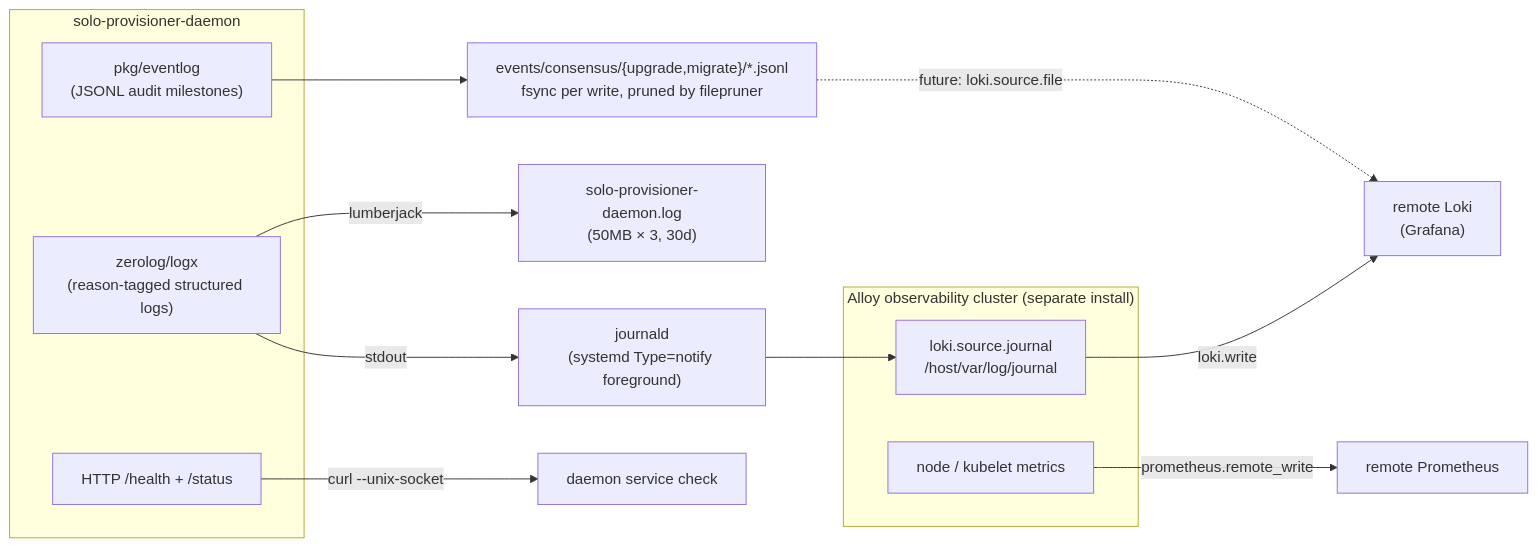
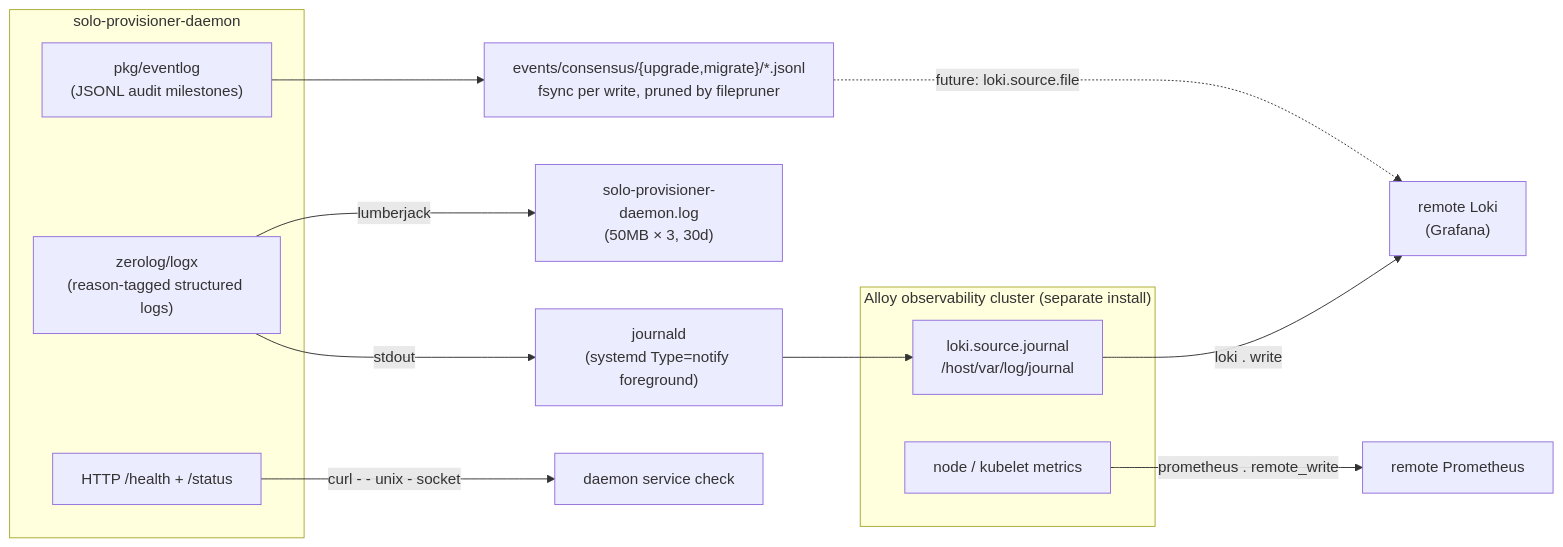
One commit to hashgraph/solo-weaver changed the sixth of 7 diagrams in docs/dev/daemon/daemon-architecture.md. Above: the diagram before and after it, drawn with Mermaid. The commit also changed other lines of this file, not shown here.

Commit message:
docs: update architecture doc

````diff
--- a/docs/dev/daemon/daemon-architecture.md
+++ b/docs/dev/daemon/daemon-architecture.md
@@ -614,23 +641,23 @@
 ```mermaid
 flowchart LR
     subgraph daemon["solo-provisioner-daemon"]
         logs["zerolog/logx\n(reason-tagged structured logs)"]
         events["pkg/eventlog\n(JSONL audit milestones)"]
         api["HTTP /health + /status"]
     end
 
     logs -->|stdout| journald["journald\n(systemd Type=notify foreground)"]
     logs -->|lumberjack| logfile["solo-provisioner-daemon.log\n(50MB × 3, 30d)"]
     events --> jsonl["events/consensus/{upgrade,migrate}/*.jsonl\nfsync per write, pruned by filepruner"]
-    api -->|curl --unix-socket| check["daemon service check"]
+    api -->|curl - - unix - socket| check["daemon service check"]
 
     subgraph alloy["Alloy observability cluster (separate install)"]
         journalscrape["loki.source.journal\n/host/var/log/journal"]
         metricscrape["node / kubelet metrics"]
     end
 
     journald --> journalscrape
-    journalscrape -->|loki.write| loki["remote Loki\n(Grafana)"]
-    metricscrape -->|prometheus.remote_write| prom["remote Prometheus"]
-    jsonl -.->|"future: loki.source.file"| loki
+    journalscrape -->|loki . write| loki["remote Loki\n(Grafana)"]
+    metricscrape -->|prometheus . remote_write| prom["remote Prometheus"]
+    jsonl -.->|" future: loki.source.file "| loki
 ```
````
